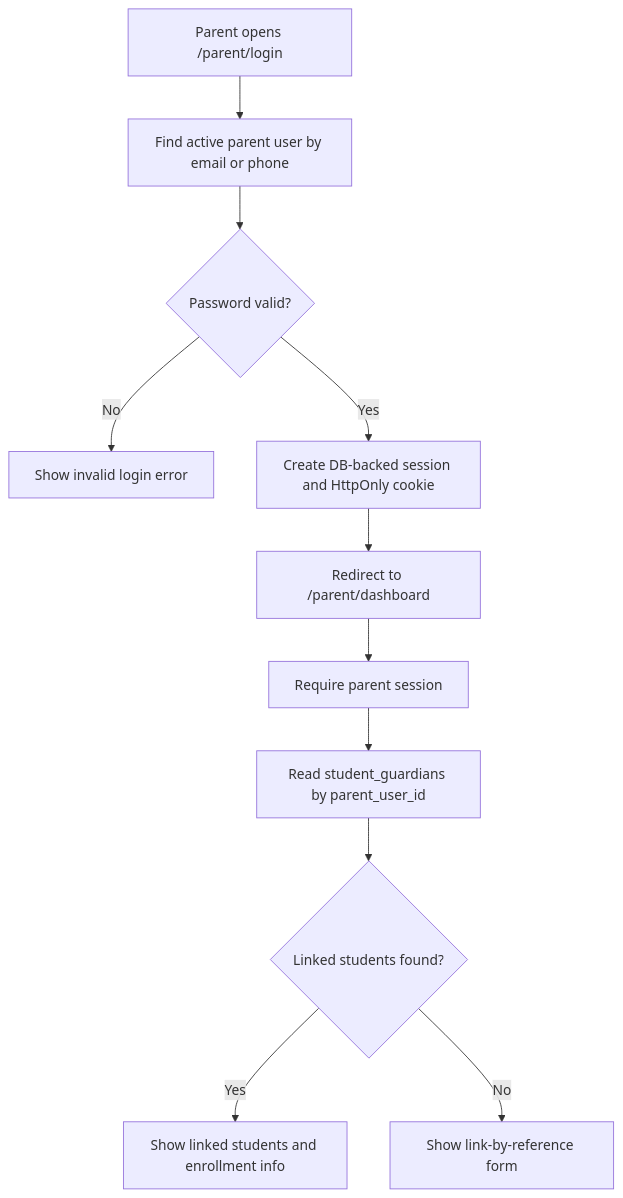
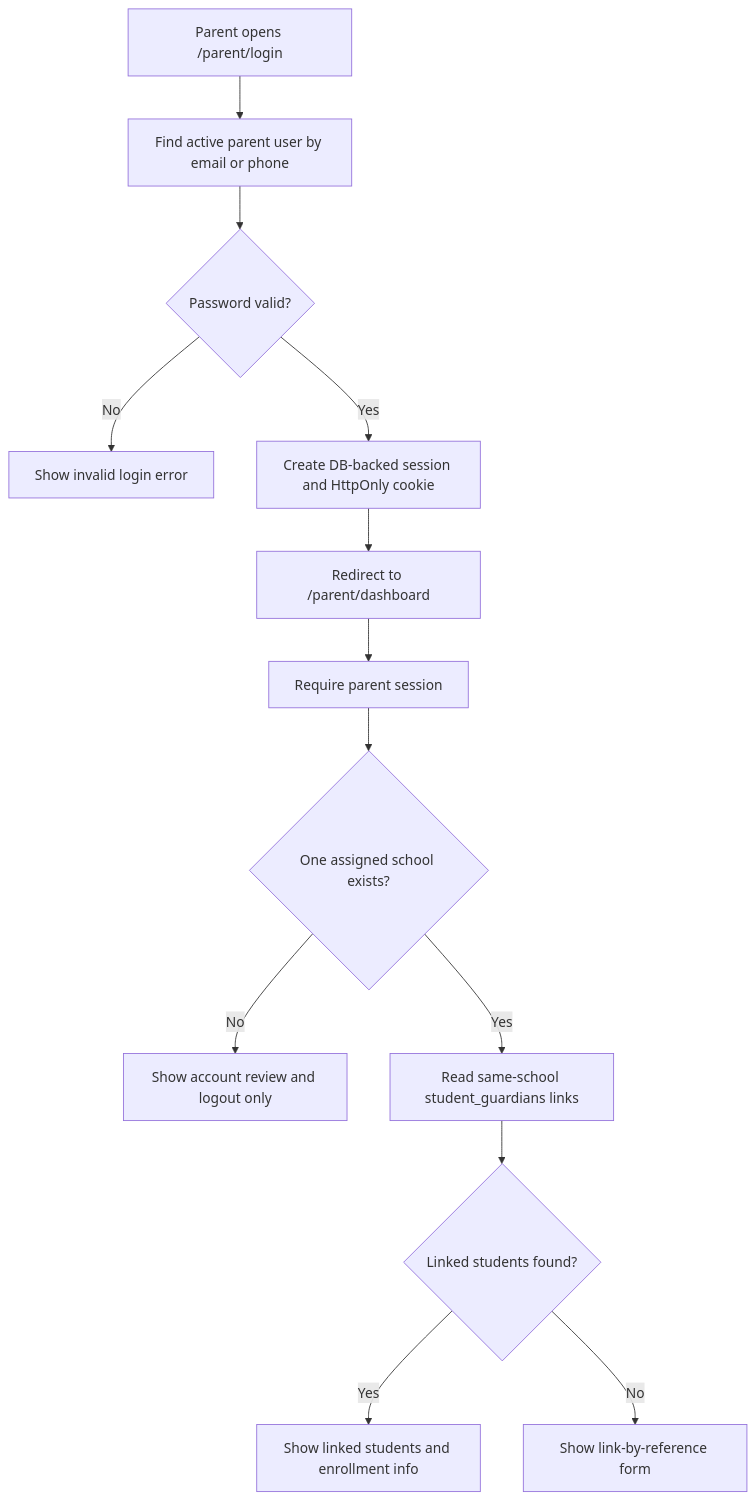
Before and after one commit to Xeyn19/xmetapay: diagram 12 of 23 in docs/PROJECT_FLOWCHARTS.md, drawn with Mermaid. The commit also changed other lines of this file and 34 other files, not shown here.

Commit message:
feat(parent): enforce single-school parent scope

````diff
--- a/docs/PROJECT_FLOWCHARTS.md
+++ b/docs/PROJECT_FLOWCHARTS.md
@@ -437,13 +438,15 @@
 ```mermaid
 flowchart TD
   A["Parent opens /parent/login"] --> B["Find active parent user by email or phone"]
   B --> C{"Password valid?"}
   C -->|No| D["Show invalid login error"]
   C -->|Yes| E["Create DB-backed session and HttpOnly cookie"]
   E --> F["Redirect to /parent/dashboard"]
   F --> G["Require parent session"]
-  G --> H["Read student_guardians by parent_user_id"]
+  G --> G2{"One assigned school exists?"}
+  G2 -->|No| G3["Show account review and logout only"]
+  G2 -->|Yes| H["Read same-school student_guardians links"]
   H --> I{"Linked students found?"}
   I -->|Yes| J["Show linked students and enrollment info"]
   I -->|No| K["Show link-by-reference form"]
 ```
````
